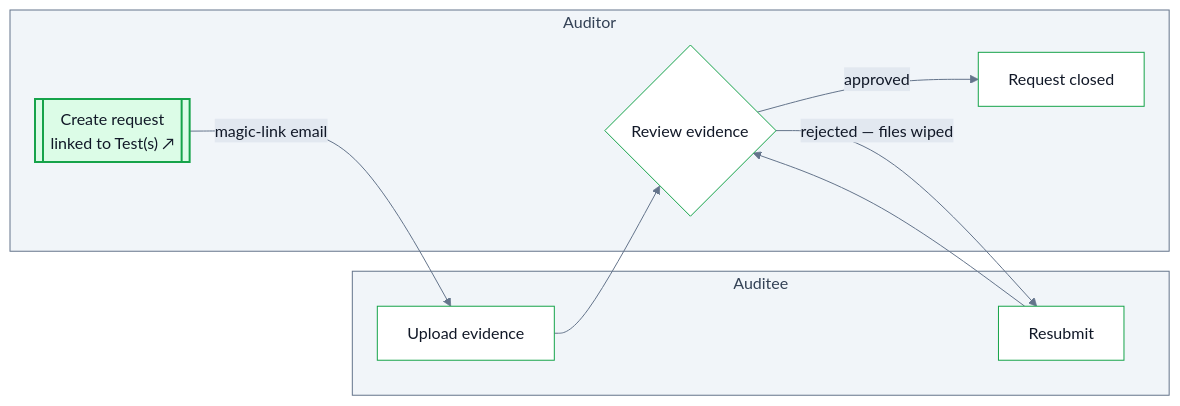
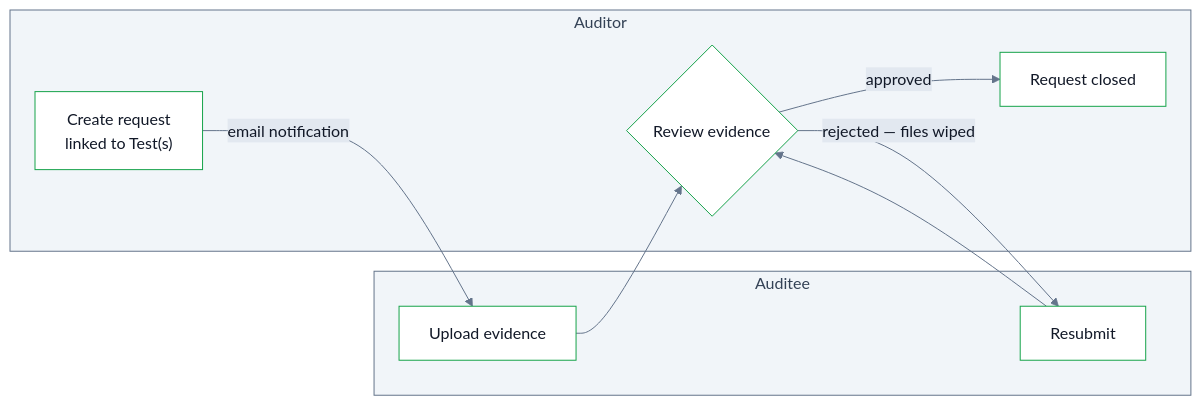
One commit to ArjunMash/docs changed the diagram in evidence-requests.mdx. Above: the diagram before and after it, drawn with Mermaid. The commit also changed other lines of this file and 5 other files, not shown here.

````diff
--- a/evidence-requests.mdx
+++ b/evidence-requests.mdx
@@ -30,18 +33,16 @@
 ```mermaid
 %%{init: {"theme":"base","themeVariables":{"primaryColor":"#ffffff","primaryBorderColor":"#16a34a","primaryTextColor":"#111827","lineColor":"#64748b","clusterBkg":"#f1f5f9","clusterBorder":"#64748b","titleColor":"#334155","edgeLabelBackground":"#e2e8f0","fontFamily":"ui-sans-serif, system-ui, sans-serif"},"flowchart":{"curve":"basis"}}}%%
 flowchart LR
   subgraph AUD["Auditor"]
-    CR[["Create request<br/>linked to Test(s) ↗"]]
+    CR["Create request<br/>linked to Test(s)"]
     RV{"Review evidence"}
     DONE["Request closed"]
   end
   subgraph AUE["Auditee"]
     UP["Upload evidence"]
     RS["Resubmit"]
   end
-  CR -- "magic-link email" --> UP --> RV
+  CR -- "email notification" --> UP --> RV
   RV -- "rejected — files wiped" --> RS --> RV
   RV -- "approved" --> DONE
-  classDef case fill:#dcfce7,stroke:#16a34a,stroke-width:2px;
-  class CR case
 ```
````
